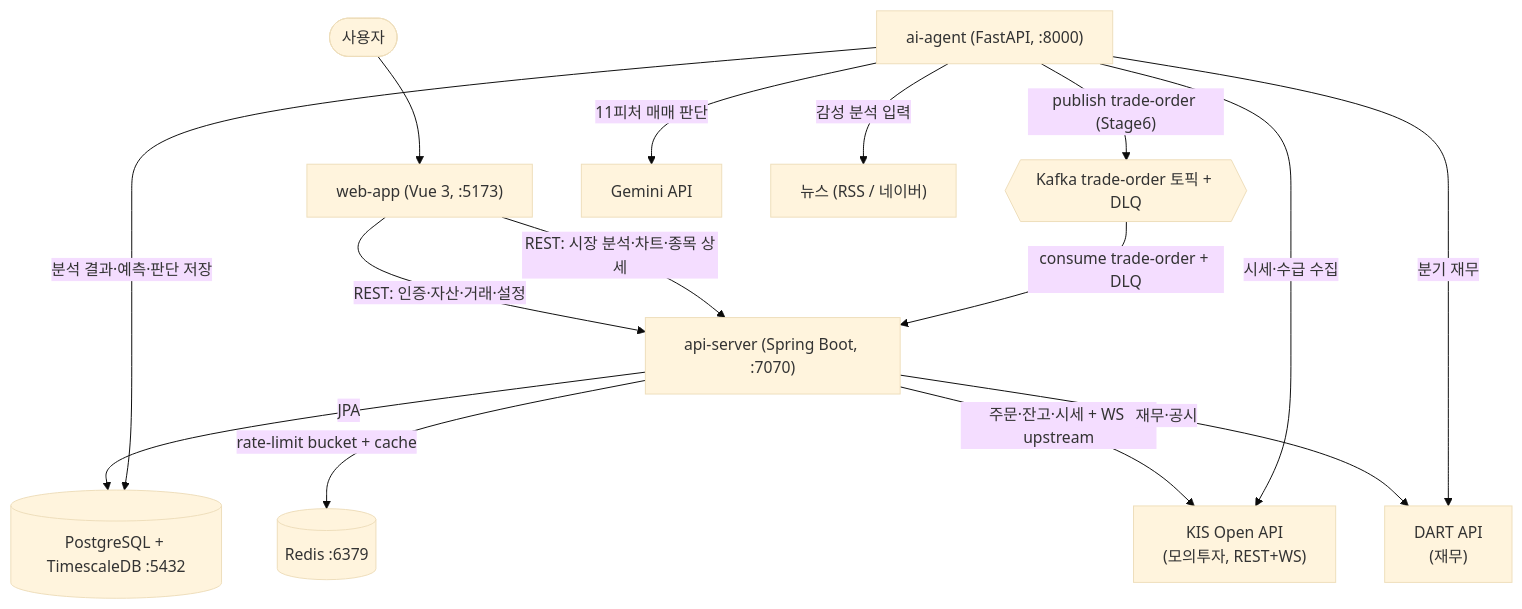
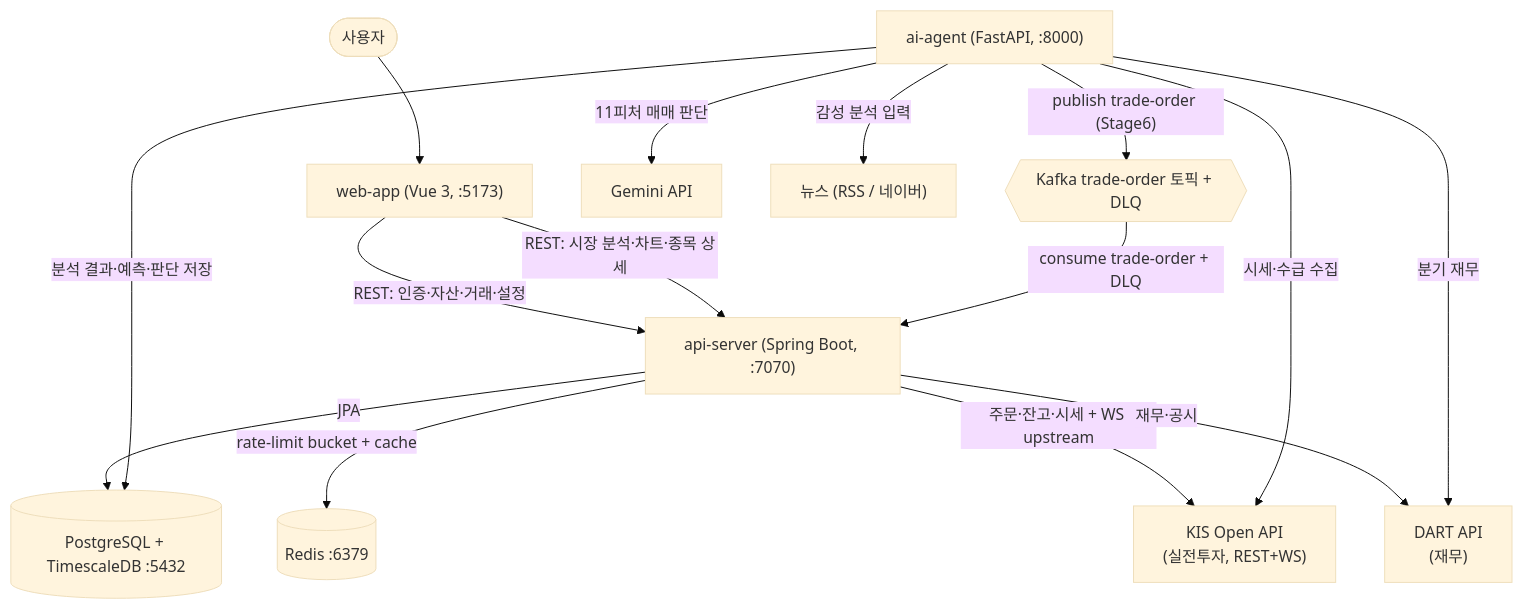
One commit to Lib0823/AssetManage_Agent-Project changed the first of 2 diagrams in _docs/ARCHITECTURE.md. Above: the diagram before and after it, drawn with Mermaid (base theme). The commit also changed other lines of this file and 32 other files, not shown here.

````diff
--- a/_docs/ARCHITECTURE.md
+++ b/_docs/ARCHITECTURE.md
@@ -31,31 +31,31 @@
 ```mermaid
 graph TD
     User([사용자])
     Web["web-app (Vue 3, :5173)"]
     API["api-server (Spring Boot, :7070)"]
     AI["ai-agent (FastAPI, :8000)"]
     DB[("PostgreSQL + TimescaleDB :5432")]
     Redis[("Redis :6379")]
     Kafka{{"Kafka trade-order 토픽 + DLQ"}}
-    KIS["KIS Open API<br/>(모의투자, REST+WS)"]
+    KIS["KIS Open API<br/>(실전투자, REST+WS)"]
     DART["DART API<br/>(재무)"]
     GEM["Gemini API"]
     NEWS["뉴스 (RSS / 네이버)"]
 
     User --> Web
     Web -->|"REST: 인증·자산·거래·설정"| API
     Web -->|"REST: 시장 분석·차트·종목 상세"| API
 
     API -->|JPA| DB
     API -->|"rate-limit bucket + cache"| Redis
     API -->|"주문·잔고·시세 + WS upstream"| KIS
     API -->|"재무·공시"| DART
     Kafka -->|"consume trade-order + DLQ"| API
 
     AI -->|"분석 결과·예측·판단 저장"| DB
     AI -->|"시세·수급 수집"| KIS
     AI -->|"분기 재무"| DART
     AI -->|"11피처 매매 판단"| GEM
     AI -->|"감성 분석 입력"| NEWS
     AI -->|"publish trade-order (Stage6)"| Kafka
 ```
````
